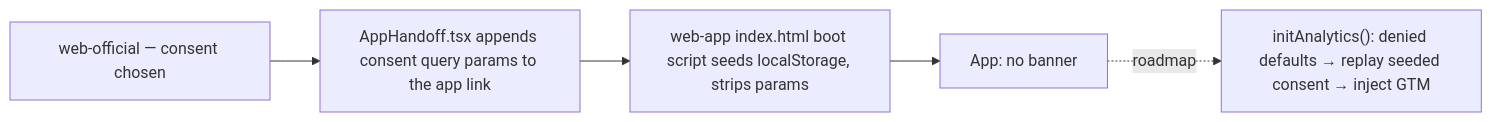
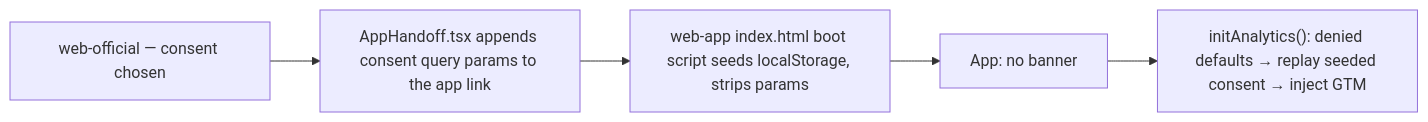
Before and after one commit to sathittham/factory-sync-solutions: the fourth of 4 diagrams in docs/product/cookie-consent/user-journeys.md, drawn with Mermaid. The commit also changed other lines of this file and 9 other files, not shown here.

````diff
--- a/docs/product/cookie-consent/user-journeys.md
+++ b/docs/product/cookie-consent/user-journeys.md
@@ -84,7 +87,7 @@
 ```mermaid
 flowchart LR
     A["web-official — consent chosen"] --> B["AppHandoff.tsx appends consent query params to the app link"]
     B --> C["web-app index.html boot script seeds localStorage, strips params"]
     C --> D["App: no banner"]
-    D -.->|roadmap| E["initAnalytics(): denied defaults → replay seeded consent → inject GTM"]
+    D --> E["initAnalytics(): denied defaults → replay seeded consent → inject GTM"]
 ```
````
